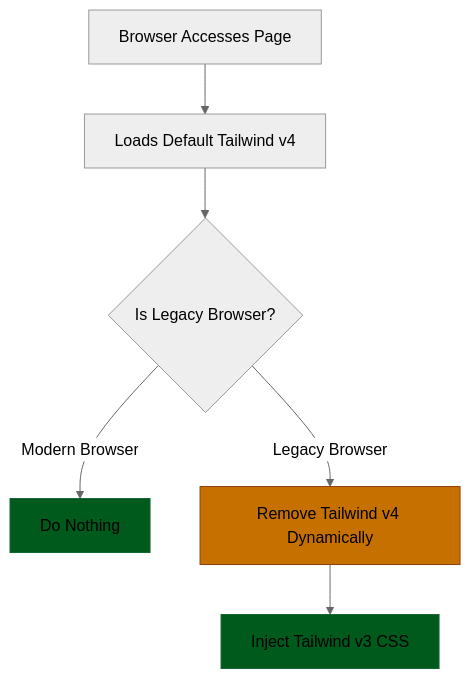
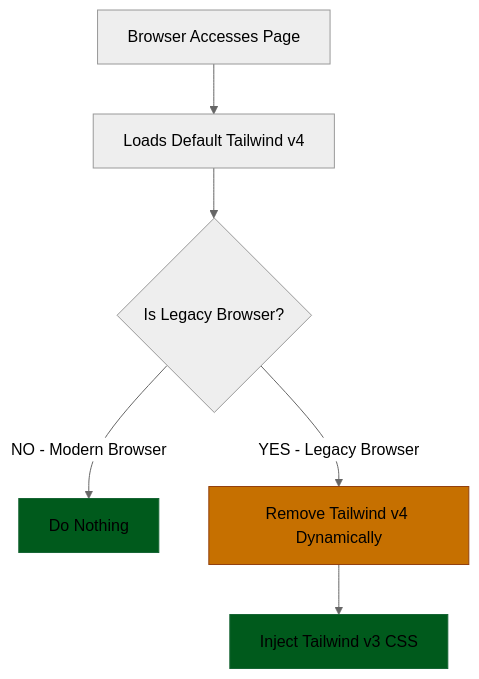
Before and after one commit to sapiyans/vite-plugin-tailwind-legacy: the diagram in README.md, drawn with Mermaid (neutral theme). The commit also changed other lines of this file and 1 other file, not shown here.

````diff
--- a/README.md
+++ b/README.md
@@ -343,12 +343,12 @@
 ```mermaid
 graph TD
     A[Browser Accesses Page] --> B[Loads Default Tailwind v4]
     B --> C{Is Legacy Browser?}
-    C -->|Modern Browser| D[Do Nothing]
-    C -->|Legacy Browser| E[Remove Tailwind v4 Dynamically]
+    C -->|NO - Modern Browser| D[Do Nothing]
+    C -->|YES - Legacy Browser| E[Remove Tailwind v4 Dynamically]
     E --> F[Inject Tailwind v3 CSS]
 
     style D fill:#005a1c,stroke:#166534
     style F fill:#005a1c,stroke:#166534
     style E fill:#c67000,stroke:#92400e
 ```
````
